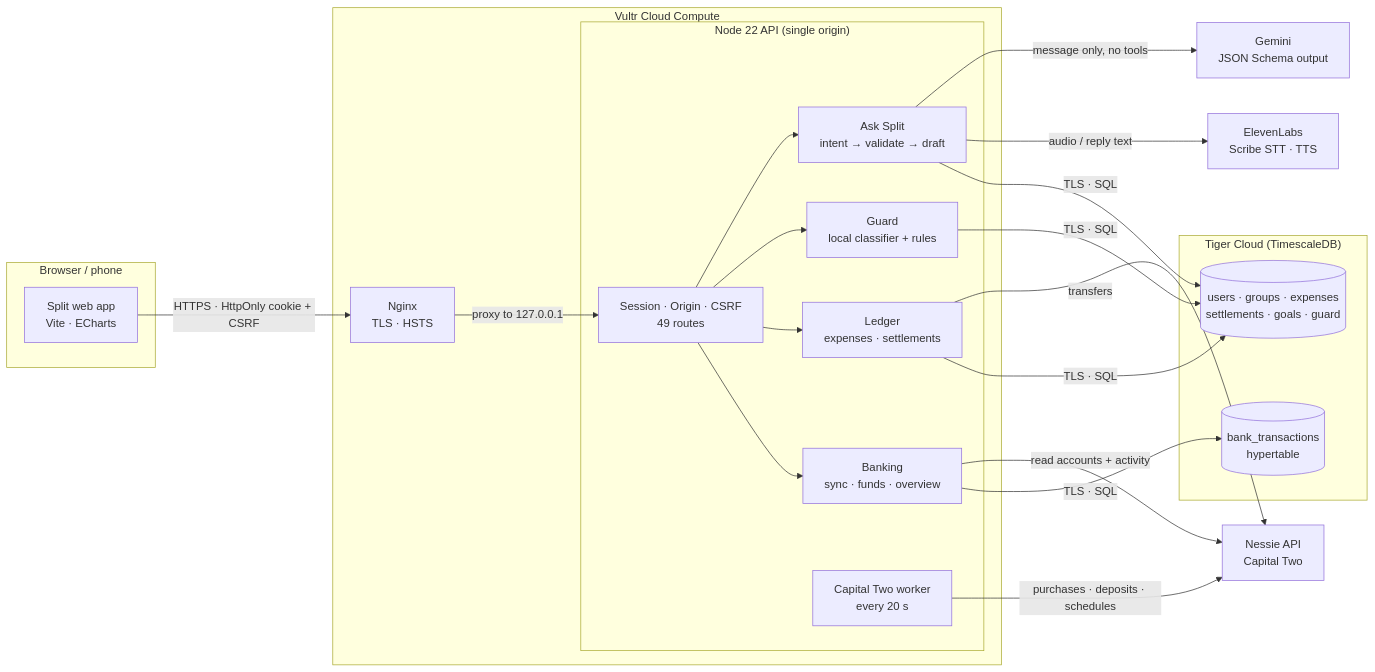
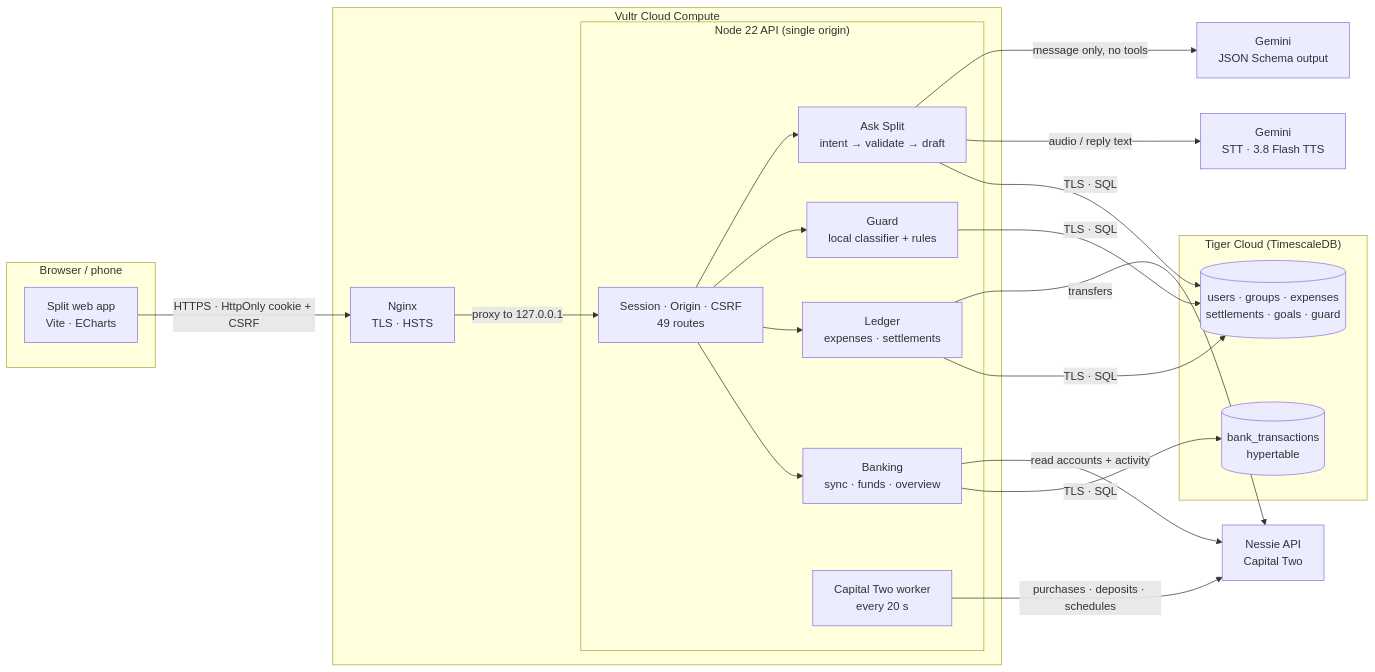
One commit to Kushagra-Aitha/splitAI changed the first of 2 diagrams in README.md. Above: the diagram before and after it, drawn with Mermaid. The commit also changed other lines of this file and 11 other files, not shown here.

Commit message:
feat(voice): use Gemini and click-toggle recording

````diff
--- a/README.md
+++ b/README.md
@@ -37,38 +37,38 @@
 ```mermaid
 flowchart LR
   subgraph Client["Browser / phone"]
     UI["Split web app<br/>Vite · ECharts"]
   end
 
   subgraph Vultr["Vultr Cloud Compute"]
     NGINX["Nginx<br/>TLS · HSTS"]
     subgraph API["Node 22 API (single origin)"]
       HTTP["Session · Origin · CSRF<br/>49 routes"]
       ASK["Ask Split<br/>intent → validate → draft"]
       GUARD["Guard<br/>local classifier + rules"]
       LEDGER["Ledger<br/>expenses · settlements"]
       BANK["Banking<br/>sync · funds · overview"]
       WORKER["Capital Two worker<br/>every 20 s"]
     end
   end
 
   subgraph Tiger["Tiger Cloud (TimescaleDB)"]
     HT[("bank_transactions<br/>hypertable")]
     REL[("users · groups · expenses<br/>settlements · goals · guard")]
   end
 
   GEM["Gemini<br/>JSON Schema output"]
-  EL["ElevenLabs<br/>Scribe STT · TTS"]
+  VOICE["Gemini<br/>STT · 3.8 Flash TTS"]
   NES["Nessie API<br/>Capital Two"]
 
   UI -- "HTTPS · HttpOnly cookie + CSRF" --> NGINX
   NGINX -- "proxy to 127.0.0.1" --> HTTP
   HTTP --> ASK & GUARD & LEDGER & BANK
   ASK -- "message only, no tools" --> GEM
-  ASK -- "audio / reply text" --> EL
+  ASK -- "audio / reply text" --> VOICE
   LEDGER -- "transfers" --> NES
   BANK -- "read accounts + activity" --> NES
   WORKER -- "purchases · deposits · schedules" --> NES
   BANK -->|"TLS · SQL"| HT
   LEDGER & GUARD & ASK -->|"TLS · SQL"| REL
 ```
````
